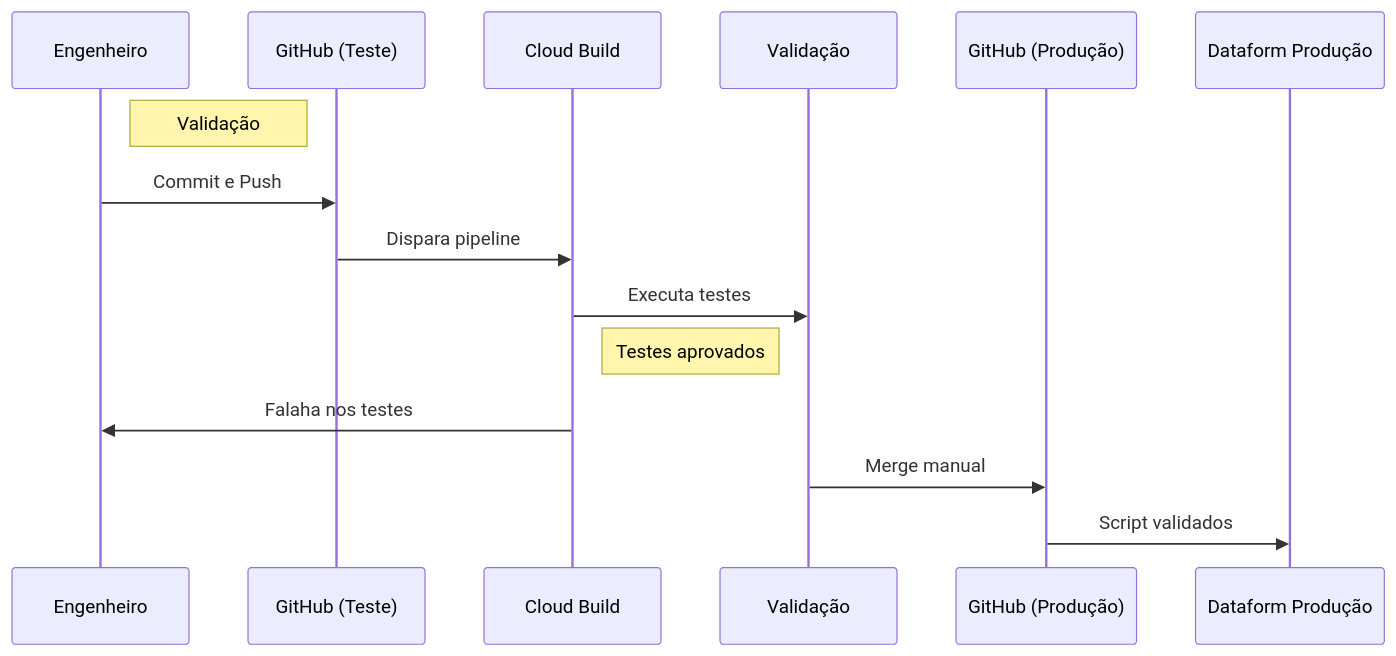
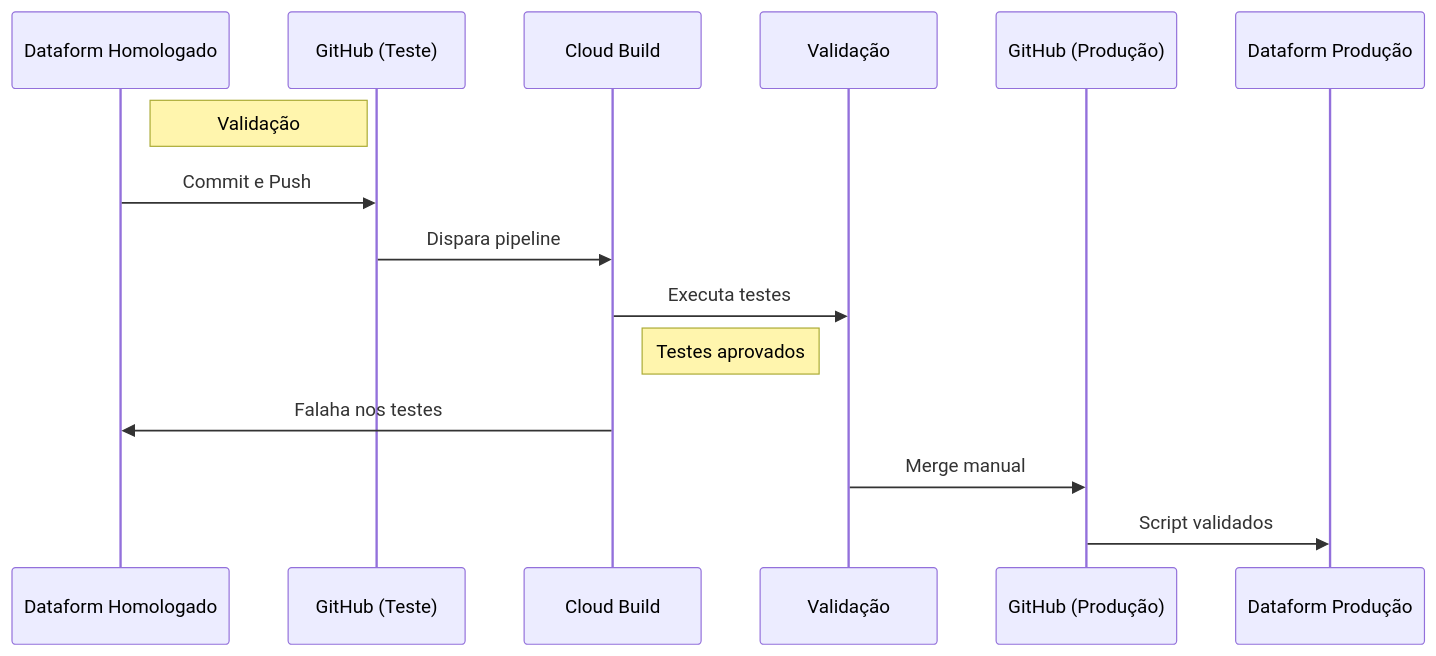
The diagram in docs/diagram.md (GabrielPerosa/Pipeline-Dataform), drawn with Mermaid before and after one commit.

````diff
--- a/docs/diagram.md
+++ b/docs/diagram.md
@@ -1,20 +1,20 @@
 ```mermaid
 sequenceDiagram
-    participant Eng as Engenheiro
+    participant Hom as Dataform Homologado
     participant GitHub as GitHub (Teste)
     participant CloudBuild as Cloud Build
     participant Validação as Validação
     participant GitProd as GitHub (Produção)
     participant Dataform as Dataform Produção
  
-    note right of Eng: Validação
-    Eng->>GitHub: Commit e Push 
+    note right of Hom: Validação
+    Hom->>GitHub: Commit e Push 
     GitHub->>CloudBuild: Dispara pipeline 
     CloudBuild->>Validação: Executa testes
     note right of CloudBuild: Testes aprovados
-    CloudBuild->>Eng: Falaha nos testes
+    CloudBuild->>Hom: Falaha nos testes
     Validação->>GitProd: Merge manual
     GitProd->>Dataform: Script validados
 
     
 ```
````
